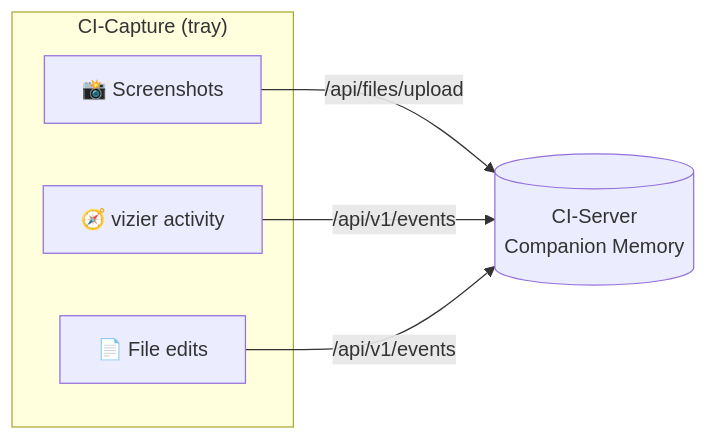
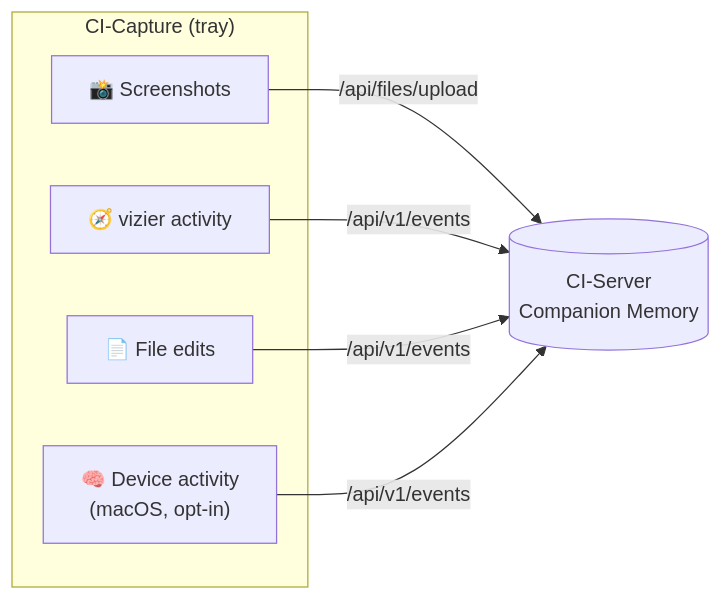
The first of 2 diagrams in README.md (companionintelligence/CI-Capture), drawn with Mermaid before and after one commit. The commit also changed other lines of this file and 19 other files, not shown here.

````diff
--- a/README.md
+++ b/README.md
@@ -27,11 +28,13 @@
 ```mermaid
 flowchart LR
     subgraph A["CI‑Capture (tray)"]
         SHOT["📸 Screenshots"]
         VIZ["🧭 vizier activity"]
         FILE["📄 File edits"]
+        KNOW["🧠 Device activity<br/>(macOS, opt‑in)"]
     end
     SHOT -->|"/api/files/upload"| CI[("CI‑Server<br/>Companion Memory")]
     VIZ  -->|"/api/v1/events"| CI
     FILE -->|"/api/v1/events"| CI
+    KNOW -->|"/api/v1/events"| CI
 ```
````
